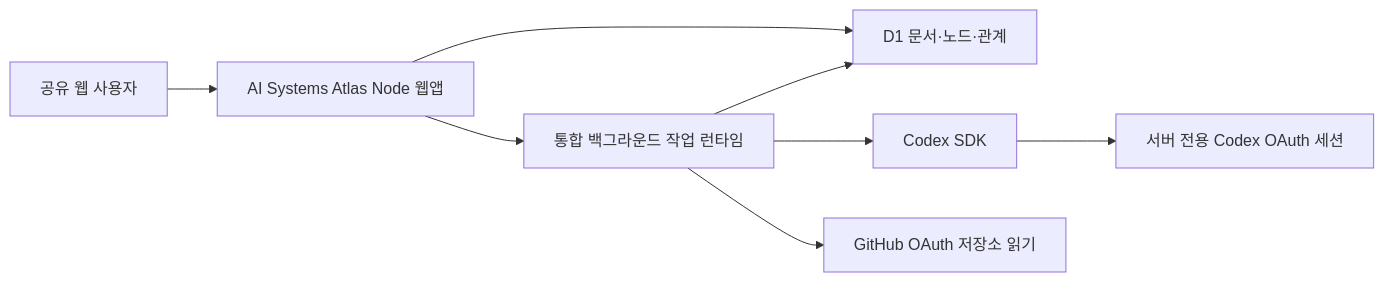
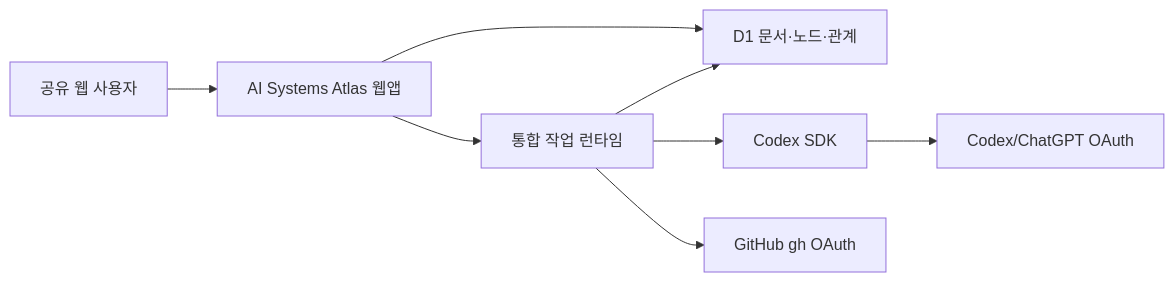
One commit to coreline-ai/memory_node_graph changed the first of 2 diagrams in docs/current-oauth-runtime.md. Above: the diagram before and after it, drawn with Mermaid. The commit also changed other lines of this file and 120 other files, not shown here.

Commit message:
feat: integrate OAuth runtime and graph refresh

````diff
--- a/docs/current-oauth-runtime.md
+++ b/docs/current-oauth-runtime.md
@@ -37,10 +23,10 @@
 ```mermaid
 flowchart LR
-  U["공유 웹 사용자"] --> W["AI Systems Atlas Node 웹앱"]
+  U["공유 웹 사용자"] --> W["AI Systems Atlas 웹앱"]
   W --> D["D1 문서·노드·관계"]
-  W --> R["통합 백그라운드 작업 런타임"]
+  W --> R["통합 작업 런타임"]
   R --> C["Codex SDK"]
-  C --> O["서버 전용 Codex OAuth 세션"]
-  R --> G["GitHub OAuth 저장소 읽기"]
+  C --> O["Codex/ChatGPT OAuth"]
+  R --> G["GitHub gh OAuth"]
   R --> D
 ```
````
